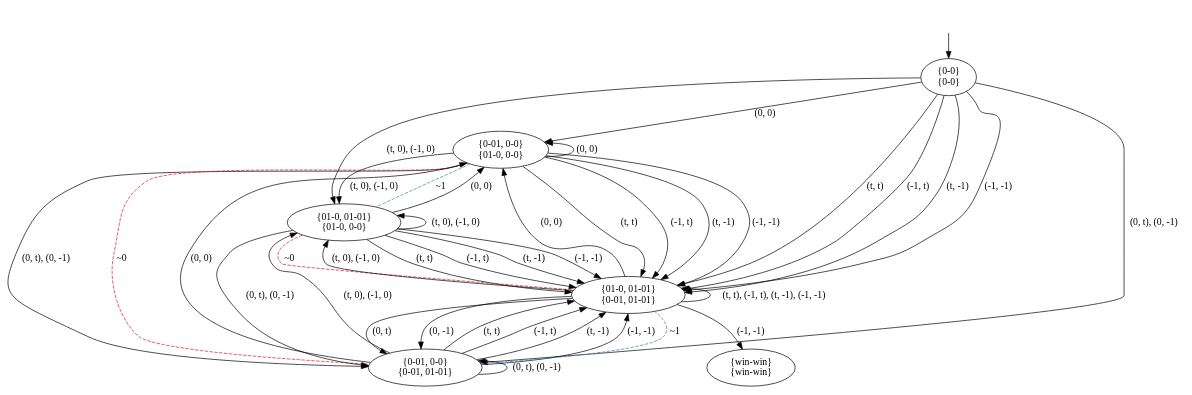
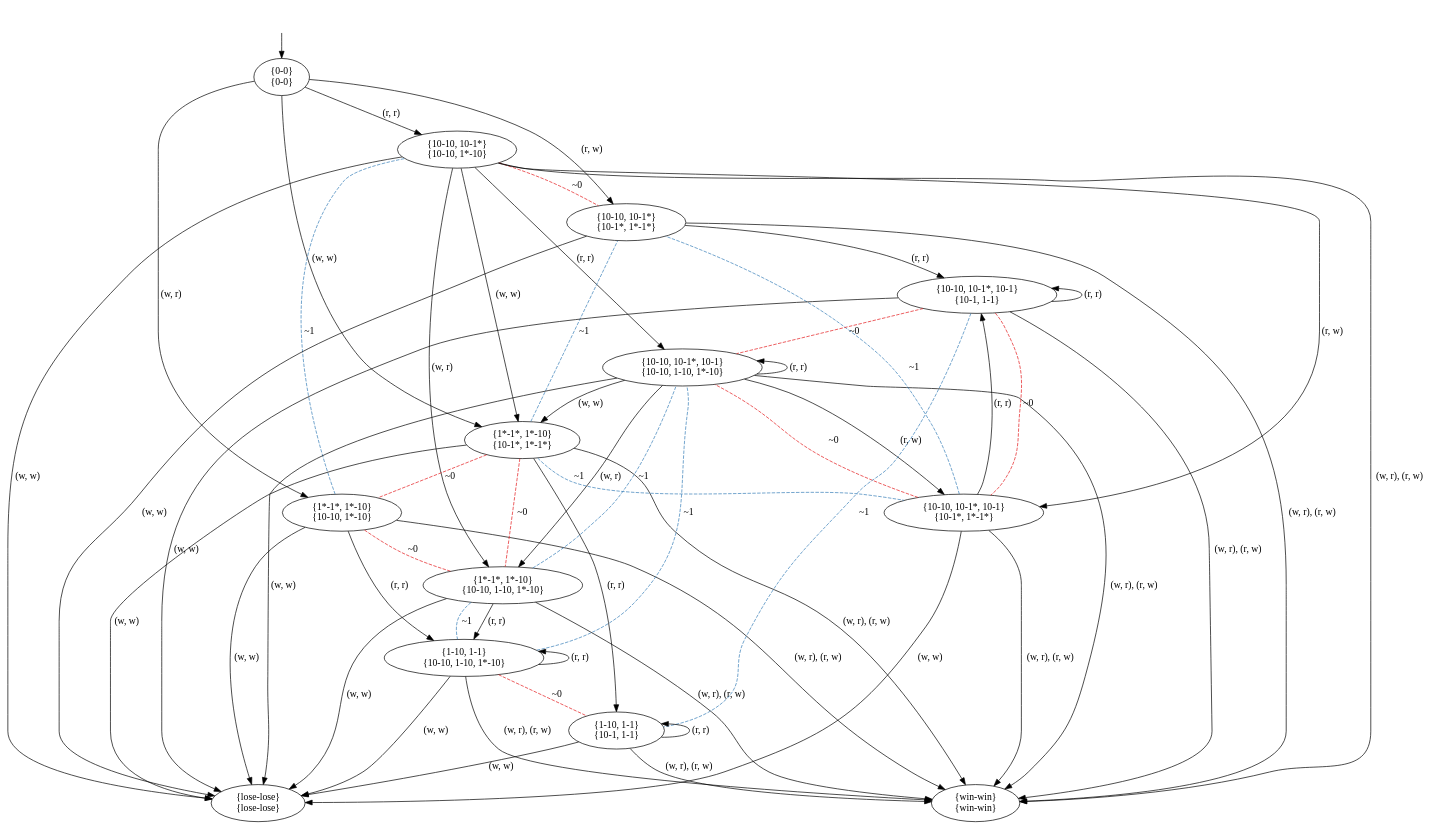
The diagram in pictures/GK2.dot (olandr/mkbsc), drawn with Graphviz before and after one commit. The commit also changed 4 other files, not shown here.

```diff
--- a/pictures/GK2.dot
+++ b/pictures/GK2.dot
@@ -1,52 +1,77 @@
 digraph  {
 concentrate=False;
 nodesep=0.5;
 ranksep=0.5;
 splines=True;
-4586271632 [label="{0-0}\n{0-0}"];
-4586271240 [label="{0-01, 0-0}\n{01-0, 0-0}"];
-4586272472 [label="{01-0, 01-01}\n{01-0, 0-0}"];
-4586271520 [label="{0-01, 0-0}\n{0-01, 01-01}"];
-4586271856 [label="{01-0, 01-01}\n{0-01, 01-01}"];
-4587183016 [label="{win-win}\n{win-win}"];
+4534619104 [label="{0-0}\n{0-0}"];
+4534619328 [label="{10-10, 10-1*}\n{10-10, 1*-10}"];
+4534619664 [label="{1*-1*, 1*-10}\n{10-10, 1*-10}"];
+4534620000 [label="{10-10, 10-1*}\n{10-1*, 1*-1*}"];
+4534627072 [label="{1*-1*, 1*-10}\n{10-1*, 1*-1*}"];
+4534626288 [label="{10-10, 10-1*, 10-1}\n{10-10, 1-10, 1*-10}"];
+4534624608 [label="{win-win}\n{win-win}"];
+4534625672 [label="{1*-1*, 1*-10}\n{10-10, 1-10, 1*-10}"];
+4534626008 [label="{10-10, 10-1*, 10-1}\n{10-1*, 1*-1*}"];
+4534624720 [label="{lose-lose}\n{lose-lose}"];
+4534624944 [label="{1-10, 1-1}\n{10-10, 1-10, 1*-10}"];
+4534625448 [label="{10-10, 10-1*, 10-1}\n{10-1, 1-1}"];
+4534626736 [label="{1-10, 1-1}\n{10-1, 1-1}"];
 hidden [label="", shape=none];
-4586271632 -> 4586271240  [action="('0', '0')", key="('0', '0')", label="(0, 0)"];
-4586271632 -> 4586271856  [action="('t', 't')", key="('t', 't')", label="(t, t)"];
-4586271632 -> 4586271856  [action="('-1', 't')", key="('-1', 't')", label="(-1, t)"];
-4586271632 -> 4586271856  [action="('t', '-1')", key="('t', '-1')", label="(t, -1)"];
-4586271632 -> 4586271856  [action="('-1', '-1')", key="('-1', '-1')", label="(-1, -1)"];
-4586271632 -> 4586272472  [action="(('t', '0'), ('-1', '0'))", key="(('t', '0'), ('-1', '0'))", label="(t, 0), (-1, 0)"];
-4586271632 -> 4586271520  [action="(('0', 't'), ('0', '-1'))", key="(('0', 't'), ('0', '-1'))", label="(0, t), (0, -1)"];
-4586271240 -> 4586271240  [action="('0', '0')", dir=back, key="('0', '0')", label="(0, 0)"];
-4586271240 -> 4586271856  [action="('t', 't')", key="('t', 't')", label="(t, t)"];
-4586271240 -> 4586271856  [action="('-1', 't')", key="('-1', 't')", label="(-1, t)"];
-4586271240 -> 4586271856  [action="('t', '-1')", key="('t', '-1')", label="(t, -1)"];
-4586271240 -> 4586271856  [action="('-1', '-1')", key="('-1', '-1')", label="(-1, -1)"];
-4586271240 -> 4586272472  [action="(('t', '0'), ('-1', '0'))", key="(('t', '0'), ('-1', '0'))", label="(t, 0), (-1, 0)"];
-4586271240 -> 4586272472  [arrowhead=none, color=2, colorscheme=set19, constraint=True, key=1, label="~1", style=dashed];
-4586271240 -> 4586271520  [action="(('0', 't'), ('0', '-1'))", key="(('0', 't'), ('0', '-1'))", label="(0, t), (0, -1)"];
-4586271240 -> 4586271520  [arrowhead=none, color=1, colorscheme=set19, constraint=True, key=1, label="~0", style=dashed];
-4586272472 -> 4586271240  [action="('0', '0')", key="('0', '0')", label="(0, 0)"];
-4586272472 -> 4586271856  [action="('t', 't')", key="('t', 't')", label="(t, t)"];
-4586272472 -> 4586271856  [action="('-1', 't')", key="('-1', 't')", label="(-1, t)"];
-4586272472 -> 4586271856  [action="('t', '-1')", key="('t', '-1')", label="(t, -1)"];
-4586272472 -> 4586271856  [action="('-1', '-1')", key="('-1', '-1')", label="(-1, -1)"];
-4586272472 -> 4586271856  [arrowhead=none, color=1, colorscheme=set19, constraint=True, key=4, label="~0", style=dashed];
-4586272472 -> 4586272472  [action="(('t', '0'), ('-1', '0'))", dir=back, key="(('t', '0'), ('-1', '0'))", label="(t, 0), (-1, 0)"];
-4586272472 -> 4586271520  [action="(('0', 't'), ('0', '-1'))", key="(('0', 't'), ('0', '-1'))", label="(0, t), (0, -1)"];
-4586271520 -> 4586271240  [action="('0', '0')", key="('0', '0')", label="(0, 0)"];
-4586271520 -> 4586271856  [action="('t', 't')", key="('t', 't')", label="(t, t)"];
-4586271520 -> 4586271856  [action="('-1', 't')", key="('-1', 't')", label="(-1, t)"];
-4586271520 -> 4586271856  [action="('t', '-1')", key="('t', '-1')", label="(t, -1)"];
-4586271520 -> 4586271856  [action="('-1', '-1')", key="('-1', '-1')", label="(-1, -1)"];
-4586271520 -> 4586271856  [arrowhead=none, color=2, colorscheme=set19, constraint=True, key=4, label="~1", style=dashed];
-4586271520 -> 4586272472  [action="(('t', '0'), ('-1', '0'))", key="(('t', '0'), ('-1', '0'))", label="(t, 0), (-1, 0)"];
-4586271520 -> 4586271520  [action="(('0', 't'), ('0', '-1'))", dir=back, key="(('0', 't'), ('0', '-1'))", label="(0, t), (0, -1)"];
-4586271856 -> 4586271240  [action="('0', '0')", key="('0', '0')", label="(0, 0)"];
-4586271856 -> 4586271520  [action="('0', 't')", key="('0', 't')", label="(0, t)"];
-4586271856 -> 4586271520  [action="('0', '-1')", key="('0', '-1')", label="(0, -1)"];
-4586271856 -> 4587183016  [action="('-1', '-1')", key="('-1', '-1')", label="(-1, -1)"];
-4586271856 -> 4586272472  [action="(('t', '0'), ('-1', '0'))", key="(('t', '0'), ('-1', '0'))", label="(t, 0), (-1, 0)"];
-4586271856 -> 4586271856  [action="(('t', 't'), ('-1', 't'), ('t', '-1'), ('-1', '-1'))", dir=back, key="(('t', 't'), ('-1', 't'), ('t', '-1'), ('-1', '-1'))", label="(t, t), (-1, t), (t, -1), (-1, -1)"];
-hidden -> 4586271632  [key=0];
+4534619104 -> 4534619328  [action="('r', 'r')", key="('r', 'r')", label="(r, r)"];
+4534619104 -> 4534619664  [action="('w', 'r')", key="('w', 'r')", label="(w, r)"];
+4534619104 -> 4534620000  [action="('r', 'w')", key="('r', 'w')", label="(r, w)"];
+4534619104 -> 4534627072  [action="('w', 'w')", key="('w', 'w')", label="(w, w)"];
+4534619328 -> 4534626288  [action="('r', 'r')", key="('r', 'r')", label="(r, r)"];
+4534619328 -> 4534625672  [action="('w', 'r')", key="('w', 'r')", label="(w, r)"];
+4534619328 -> 4534626008  [action="('r', 'w')", key="('r', 'w')", label="(r, w)"];
+4534619328 -> 4534627072  [action="('w', 'w')", key="('w', 'w')", label="(w, w)"];
+4534619328 -> 4534624720  [action="('w', 'w')", key="('w', 'w')", label="(w, w)"];
+4534619328 -> 4534624608  [action="(('w', 'r'), ('r', 'w'))", key="(('w', 'r'), ('r', 'w'))", label="(w, r), (r, w)"];
+4534619328 -> 4534620000  [arrowhead=none, color=1, colorscheme=set19, constraint=True, key=0, label="~0", style=dashed];
+4534619664 -> 4534624944  [action="('r', 'r')", key="('r', 'r')", label="(r, r)"];
+4534619664 -> 4534624720  [action="('w', 'w')", key="('w', 'w')", label="(w, w)"];
+4534619664 -> 4534624608  [action="(('w', 'r'), ('r', 'w'))", key="(('w', 'r'), ('r', 'w'))", label="(w, r), (r, w)"];
+4534619664 -> 4534625672  [arrowhead=none, color=1, colorscheme=set19, constraint=True, key=0, label="~0", style=dashed];
+4534619664 -> 4534619328  [arrowhead=none, color=2, colorscheme=set19, constraint=True, key=0, label="~1", style=dashed];
+4534620000 -> 4534625448  [action="('r', 'r')", key="('r', 'r')", label="(r, r)"];
+4534620000 -> 4534624720  [action="('w', 'w')", key="('w', 'w')", label="(w, w)"];
+4534620000 -> 4534624608  [action="(('w', 'r'), ('r', 'w'))", key="(('w', 'r'), ('r', 'w'))", label="(w, r), (r, w)"];
+4534627072 -> 4534626736  [action="('r', 'r')", key="('r', 'r')", label="(r, r)"];
+4534627072 -> 4534624720  [action="('w', 'w')", key="('w', 'w')", label="(w, w)"];
+4534627072 -> 4534624608  [action="(('w', 'r'), ('r', 'w'))", key="(('w', 'r'), ('r', 'w'))", label="(w, r), (r, w)"];
+4534627072 -> 4534619664  [arrowhead=none, color=1, colorscheme=set19, constraint=True, key=0, label="~0", style=dashed];
+4534627072 -> 4534625672  [arrowhead=none, color=1, colorscheme=set19, constraint=True, key=0, label="~0", style=dashed];
+4534627072 -> 4534626008  [arrowhead=none, color=2, colorscheme=set19, constraint=True, key=0, label="~1", style=dashed];
+4534627072 -> 4534620000  [arrowhead=none, color=2, colorscheme=set19, constraint=True, key=0, label="~1", style=dashed];
+4534626288 -> 4534626288  [action="('r', 'r')", dir=back, key="('r', 'r')", label="(r, r)"];
+4534626288 -> 4534625672  [action="('w', 'r')", key="('w', 'r')", label="(w, r)"];
+4534626288 -> 4534626008  [action="('r', 'w')", key="('r', 'w')", label="(r, w)"];
+4534626288 -> 4534627072  [action="('w', 'w')", key="('w', 'w')", label="(w, w)"];
+4534626288 -> 4534624720  [action="('w', 'w')", key="('w', 'w')", label="(w, w)"];
+4534626288 -> 4534624608  [action="(('w', 'r'), ('r', 'w'))", key="(('w', 'r'), ('r', 'w'))", label="(w, r), (r, w)"];
+4534625672 -> 4534624944  [action="('r', 'r')", key="('r', 'r')", label="(r, r)"];
+4534625672 -> 4534624944  [arrowhead=none, color=2, colorscheme=set19, constraint=True, key=1, label="~1", style=dashed];
+4534625672 -> 4534624720  [action="('w', 'w')", key="('w', 'w')", label="(w, w)"];
+4534625672 -> 4534624608  [action="(('w', 'r'), ('r', 'w'))", key="(('w', 'r'), ('r', 'w'))", label="(w, r), (r, w)"];
+4534625672 -> 4534626288  [arrowhead=none, color=2, colorscheme=set19, constraint=True, key=0, label="~1", style=dashed];
+4534626008 -> 4534625448  [action="('r', 'r')", key="('r', 'r')", label="(r, r)"];
+4534626008 -> 4534624720  [action="('w', 'w')", key="('w', 'w')", label="(w, w)"];
+4534626008 -> 4534624608  [action="(('w', 'r'), ('r', 'w'))", key="(('w', 'r'), ('r', 'w'))", label="(w, r), (r, w)"];
+4534626008 -> 4534626288  [arrowhead=none, color=1, colorscheme=set19, constraint=True, key=0, label="~0", style=dashed];
+4534626008 -> 4534620000  [arrowhead=none, color=2, colorscheme=set19, constraint=True, key=0, label="~1", style=dashed];
+4534624944 -> 4534624944  [action="('r', 'r')", dir=back, key="('r', 'r')", label="(r, r)"];
+4534624944 -> 4534624720  [action="('w', 'w')", key="('w', 'w')", label="(w, w)"];
+4534624944 -> 4534624608  [action="(('w', 'r'), ('r', 'w'))", key="(('w', 'r'), ('r', 'w'))", label="(w, r), (r, w)"];
+4534624944 -> 4534626736  [arrowhead=none, color=1, colorscheme=set19, constraint=True, key=0, label="~0", style=dashed];
+4534624944 -> 4534626288  [arrowhead=none, color=2, colorscheme=set19, constraint=True, key=0, label="~1", style=dashed];
+4534625448 -> 4534625448  [action="('r', 'r')", dir=back, key="('r', 'r')", label="(r, r)"];
+4534625448 -> 4534624720  [action="('w', 'w')", key="('w', 'w')", label="(w, w)"];
+4534625448 -> 4534624608  [action="(('w', 'r'), ('r', 'w'))", key="(('w', 'r'), ('r', 'w'))", label="(w, r), (r, w)"];
+4534625448 -> 4534626008  [arrowhead=none, color=1, colorscheme=set19, constraint=True, key=0, label="~0", style=dashed];
+4534625448 -> 4534626288  [arrowhead=none, color=1, colorscheme=set19, constraint=True, key=0, label="~0", style=dashed];
+4534625448 -> 4534626736  [arrowhead=none, color=2, colorscheme=set19, constraint=True, key=0, label="~1", style=dashed];
+4534626736 -> 4534626736  [action="('r', 'r')", dir=back, key="('r', 'r')", label="(r, r)"];
+4534626736 -> 4534624720  [action="('w', 'w')", key="('w', 'w')", label="(w, w)"];
+4534626736 -> 4534624608  [action="(('w', 'r'), ('r', 'w'))", key="(('w', 'r'), ('r', 'w'))", label="(w, r), (r, w)"];
+hidden -> 4534619104  [key=0];
 }
```
